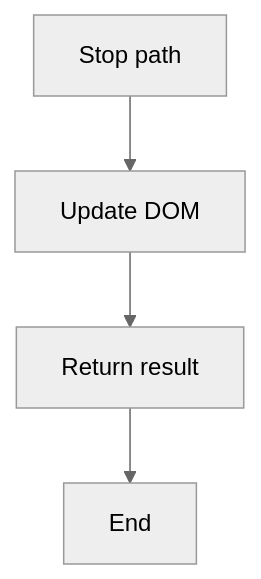
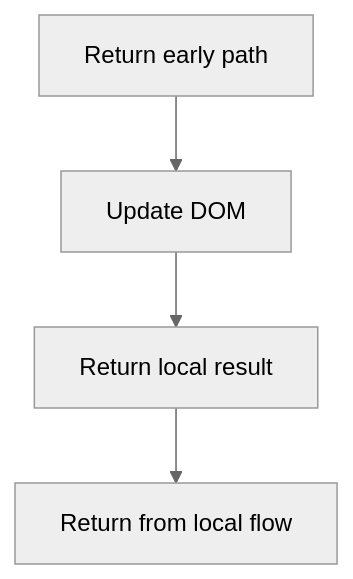
Before and after one commit to JohnAndrewBalbarosa/NeoTerritory: the second of 4 diagrams in docs/Codebase/Frontend/scripts/diff-viewer.js.md, drawn with Mermaid (neutral theme). The commit also changed other lines of this file and 915 other files, not shown here.

````diff
--- a/docs/Codebase/Frontend/scripts/diff-viewer.js.md
+++ b/docs/Codebase/Frontend/scripts/diff-viewer.js.md
@@ -49,10 +48,10 @@
 ```mermaid
 flowchart TD
-    N0["Stop path"]
+    N0["Return early path"]
     N1["Update DOM"]
-    N2["Return result"]
-    N3["End"]
+    N2["Return local result"]
+    N3["Return from local flow"]
     N0 --> N1
     N1 --> N2
     N2 --> N3
 ```
````
